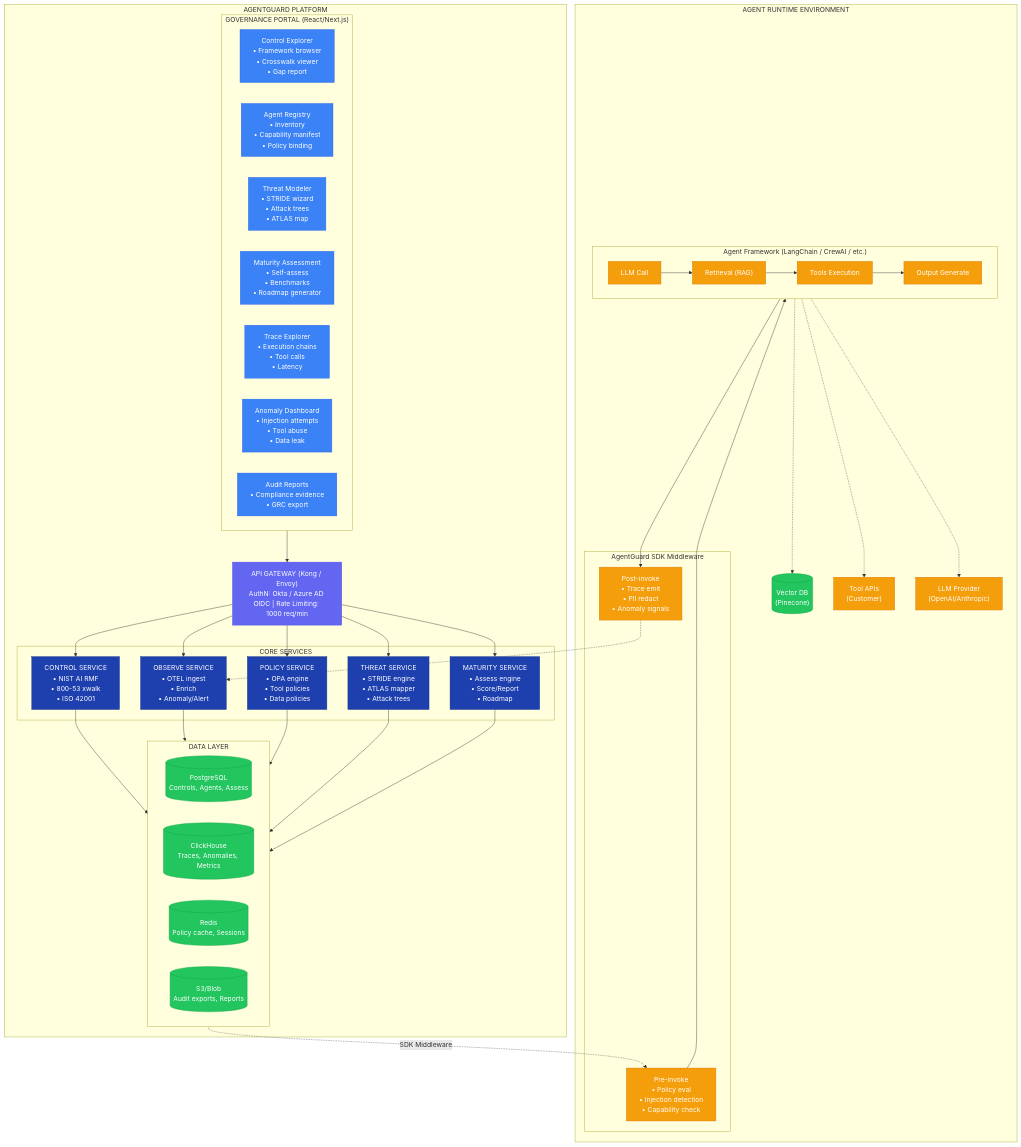
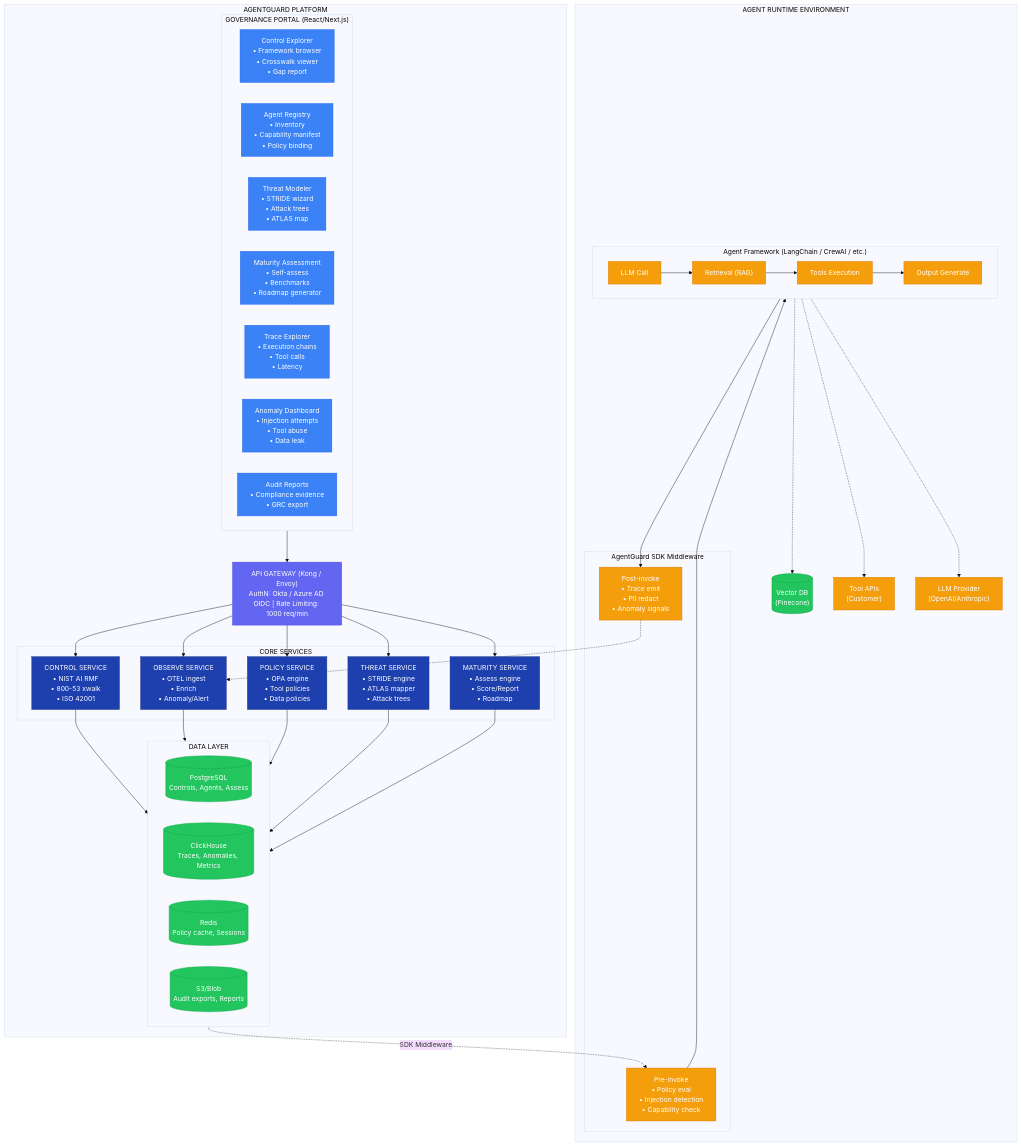
One commit to lvonguyen/agentguard changed the diagram in docs/HLD.md. Above: the diagram before and after it, drawn with Mermaid. The commit also changed 1 other file, not shown here.

Commit message:
docs: add Georgia font to Mermaid diagrams
Update all Mermaid diagrams with theme initialization to use
Georgia font family for consistent typography with DOCX exports

````diff
--- a/docs/HLD.md
+++ b/docs/HLD.md
@@ -115,69 +115,70 @@
 ```mermaid
+%%{init: {'theme': 'base', 'themeVariables': {'fontFamily': 'Georgia'}}}%%
 graph TB
     subgraph Platform["AGENTGUARD PLATFORM"]
         subgraph Portal["GOVERNANCE PORTAL (React/Next.js)"]
             CE["Control Explorer<br/>• Framework browser<br/>• Crosswalk viewer<br/>• Gap report"]
             AR["Agent Registry<br/>• Inventory<br/>• Capability manifest<br/>• Policy binding"]
             TM["Threat Modeler<br/>• STRIDE wizard<br/>• Attack trees<br/>• ATLAS map"]
             MA["Maturity Assessment<br/>• Self-assess<br/>• Benchmarks<br/>• Roadmap generator"]
             TE["Trace Explorer<br/>• Execution chains<br/>• Tool calls<br/>• Latency"]
             AD["Anomaly Dashboard<br/>• Injection attempts<br/>• Tool abuse<br/>• Data leak"]
             AuR["Audit Reports<br/>• Compliance evidence<br/>• GRC export"]
         end
 
         GW["API GATEWAY (Kong / Envoy)<br/>AuthN: Okta / Azure AD OIDC | Rate Limiting: 1000 req/min"]
 
         subgraph Services["CORE SERVICES"]
             CS["CONTROL SERVICE<br/>• NIST AI RMF<br/>• 800-53 xwalk<br/>• ISO 42001"]
             OS["OBSERVE SERVICE<br/>• OTEL ingest<br/>• Enrich<br/>• Anomaly/Alert"]
             PS["POLICY SERVICE<br/>• OPA engine<br/>• Tool policies<br/>• Data policies"]
             TS["THREAT SERVICE<br/>• STRIDE engine<br/>• ATLAS mapper<br/>• Attack trees"]
             MS["MATURITY SERVICE<br/>• Assess engine<br/>• Score/Report<br/>• Roadmap"]
         end
 
         subgraph DataLayer["DATA LAYER"]
             PG[("PostgreSQL<br/>Controls, Agents, Assess")]
             CH[("ClickHouse<br/>Traces, Anomalies, Metrics")]
             RD[("Redis<br/>Policy cache, Sessions")]
             S3[("S3/Blob<br/>Audit exports, Reports")]
         end
     end
 
     subgraph Runtime["AGENT RUNTIME ENVIRONMENT"]
         subgraph SDK["AgentGuard SDK Middleware"]
             PRE["Pre-invoke<br/>• Policy eval<br/>• Injection detection<br/>• Capability check"]
             POST["Post-invoke<br/>• Trace emit<br/>• PII redact<br/>• Anomaly signals"]
         end
 
         subgraph Framework["Agent Framework (LangChain / CrewAI / etc.)"]
             LLM["LLM Call"] --> RAG["Retrieval (RAG)"]
             RAG --> TOOLS["Tools Execution"]
             TOOLS --> OUTPUT["Output Generate"]
         end
 
         VDB[("Vector DB<br/>(Pinecone)")]
         TAPI["Tool APIs<br/>(Customer)"]
         LLMP["LLM Provider<br/>(OpenAI/Anthropic)"]
     end
 
     Portal --> GW
     GW --> CS & OS & PS & TS & MS
     CS & OS & PS & TS & MS --> DataLayer
     DataLayer -.->|SDK Middleware| PRE
     PRE --> Framework
     Framework --> POST
     POST -.-> OS
     Framework -.-> VDB & TAPI & LLMP
 
     classDef portal fill:#3b82f6,stroke:#2563eb,color:#fff
     classDef service fill:#1e40af,stroke:#1e3a8a,color:#fff
     classDef data fill:#22c55e,stroke:#16a34a,color:#fff
     classDef runtime fill:#f59e0b,stroke:#d97706,color:#fff
     classDef gateway fill:#6366f1,stroke:#4f46e5,color:#fff
 
     class CE,AR,TM,MA,TE,AD,AuR portal
     class CS,OS,PS,TS,MS service
     class PG,CH,RD,S3,VDB data
     class PRE,POST,LLM,RAG,TOOLS,OUTPUT,TAPI,LLMP runtime
     class GW gateway
 ```
````
